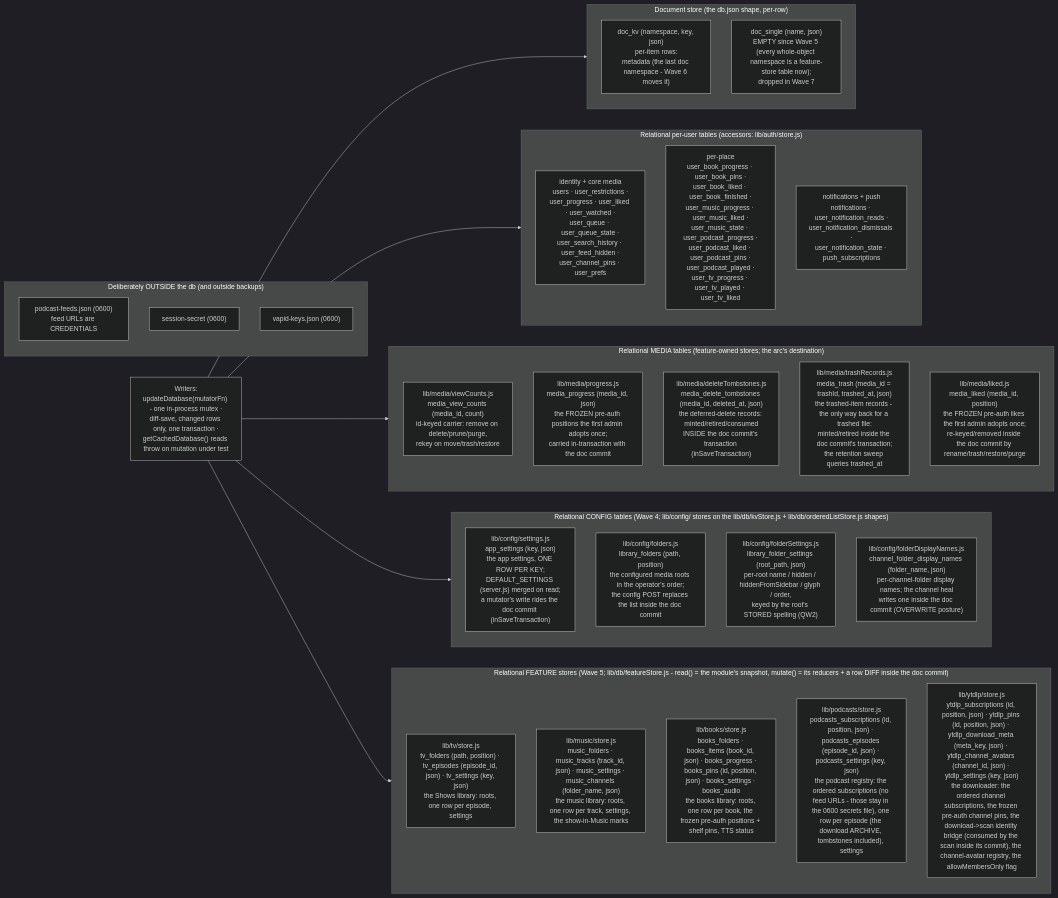
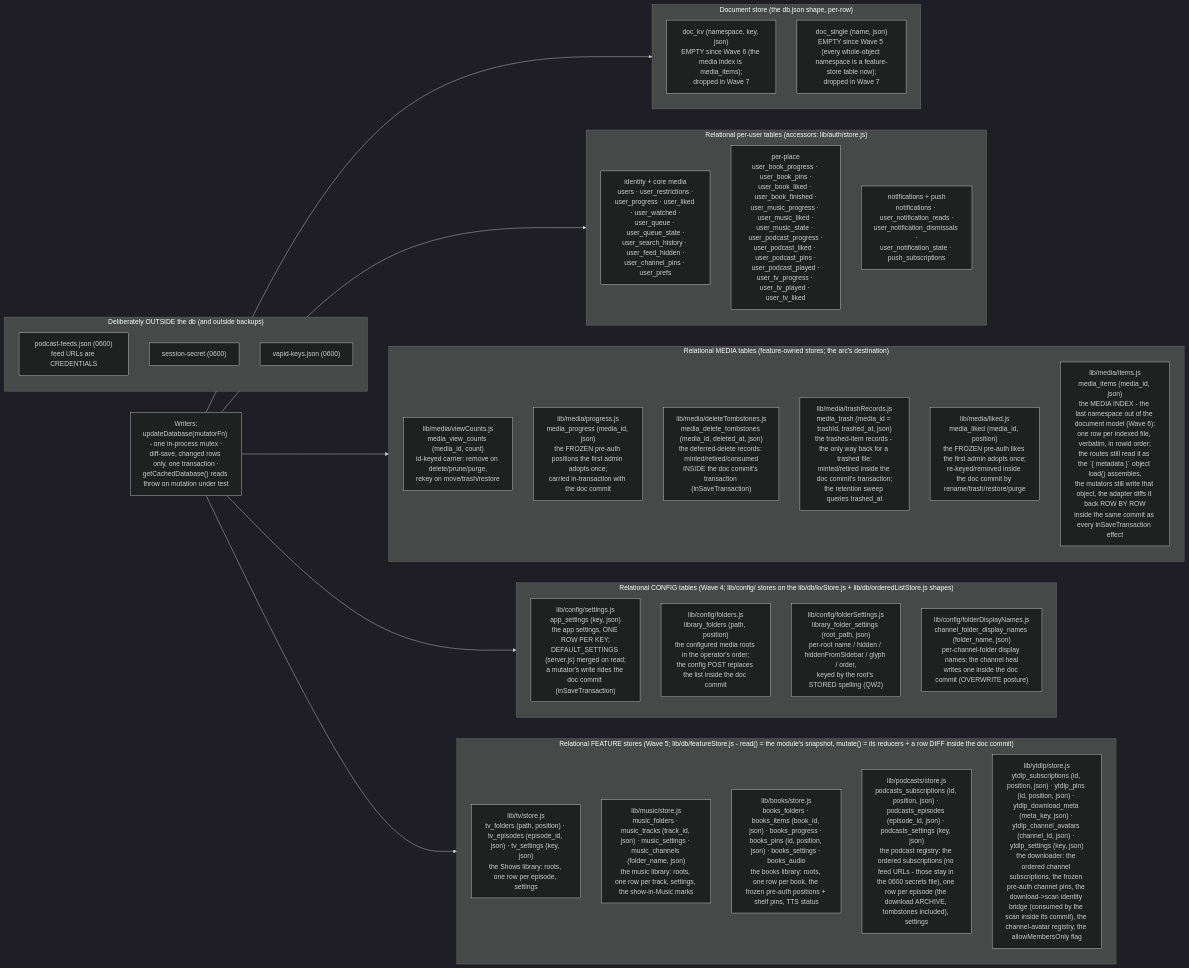
One commit to dtammam/filetube changed the second of 6 diagrams in docs/DIAGRAMS.md. Above: the diagram before and after it, drawn with Mermaid (dark theme). The commit also changed other lines of this file and 14 other files, not shown here.

````diff
--- a/docs/DIAGRAMS.md
+++ b/docs/DIAGRAMS.md
@@ -105,50 +105,51 @@
 ```mermaid
 flowchart LR
     subgraph DOC["Document store (the db.json shape, per-row)"]
-        KV["doc_kv (namespace, key, json)<br/>per-item rows:<br/>metadata (the last doc namespace - Wave 6 moves it)"]
+        KV["doc_kv (namespace, key, json)<br/>EMPTY since Wave 6 (the media index is media_items);<br/>dropped in Wave 7"]
         SINGLE["doc_single (name, json)<br/>EMPTY since Wave 5 (every whole-object namespace is a feature-store table now);<br/>dropped in Wave 7"]
     end
 
     subgraph REL["Relational per-user tables (accessors: lib/auth/store.js)"]
         CORE["identity + core media<br/>users · user_restrictions ·<br/>user_progress · user_liked · user_watched ·<br/>user_queue · user_queue_state ·<br/>user_search_history · user_feed_hidden ·<br/>user_channel_pins · user_prefs"]
         PLACEST["per-place<br/>user_book_progress · user_book_pins ·<br/>user_book_liked · user_book_finished ·<br/>user_music_progress · user_music_liked ·<br/>user_music_state · user_podcast_progress ·<br/>user_podcast_liked · user_podcast_pins ·<br/>user_podcast_played ·<br/>user_tv_progress · user_tv_played · user_tv_liked"]
         NOTIF["notifications + push<br/>notifications · user_notification_reads ·<br/>user_notification_dismissals ·<br/>user_notification_state · push_subscriptions"]
     end
 
     subgraph MEDIA["Relational MEDIA tables (feature-owned stores; the arc's destination)"]
         VC["lib/media/viewCounts.js<br/>media_view_counts (media_id, count)<br/>id-keyed carrier: remove on delete/prune/purge,<br/>rekey on move/trash/restore"]
         PR["lib/media/progress.js<br/>media_progress (media_id, json)<br/>the FROZEN pre-auth positions the first admin adopts once;<br/>carried in-transaction with the doc commit"]
         DT["lib/media/deleteTombstones.js<br/>media_delete_tombstones (media_id, deleted_at, json)<br/>the deferred-delete records: minted/retired/consumed<br/>INSIDE the doc commit's transaction (inSaveTransaction)"]
         TR["lib/media/trashRecords.js<br/>media_trash (media_id = trashId, trashed_at, json)<br/>the trashed-item records - the only way back for a trashed file:<br/>minted/retired inside the doc commit's transaction;<br/>the retention sweep queries trashed_at"]
         LK["lib/media/liked.js<br/>media_liked (media_id, position)<br/>the FROZEN pre-auth likes the first admin adopts once;<br/>re-keyed/removed inside the doc commit by rename/trash/restore/purge"]
+        MI["lib/media/items.js<br/>media_items (media_id, json)<br/>the MEDIA INDEX - the last namespace out of the document model (Wave 6):<br/>one row per indexed file, verbatim, in rowid order;<br/>the routes still read it as the `{ metadata }` object load() assembles,<br/>the mutators still write that object, the adapter diffs it back ROW BY ROW<br/>inside the same commit as every inSaveTransaction effect"]
     end
 
     subgraph CONFIG["Relational CONFIG tables (Wave 4; lib/config/ stores on the lib/db/kvStore.js + lib/db/orderedListStore.js shapes)"]
         ST["lib/config/settings.js<br/>app_settings (key, json)<br/>the app settings, ONE ROW PER KEY;<br/>DEFAULT_SETTINGS (server.js) merged on read;<br/>a mutator's write rides the doc commit (inSaveTransaction)"]
         FO["lib/config/folders.js<br/>library_folders (path, position)<br/>the configured media roots in the operator's order;<br/>the config POST replaces the list inside the doc commit"]
         FS["lib/config/folderSettings.js<br/>library_folder_settings (root_path, json)<br/>per-root name / hidden / hiddenFromSidebar / glyph / order,<br/>keyed by the root's STORED spelling (QW2)"]
         FD["lib/config/folderDisplayNames.js<br/>channel_folder_display_names (folder_name, json)<br/>per-channel-folder display names; the channel heal<br/>writes one inside the doc commit (OVERWRITE posture)"]
     end
 
     subgraph FEATURES["Relational FEATURE stores (Wave 5; lib/db/featureStore.js - read() = the module's snapshot, mutate() = its reducers + a row DIFF inside the doc commit)"]
         TV["lib/tv/store.js<br/>tv_folders (path, position) · tv_episodes (episode_id, json) · tv_settings (key, json)<br/>the Shows library: roots, one row per episode, settings"]
         MU["lib/music/store.js<br/>music_folders · music_tracks (track_id, json) · music_settings · music_channels (folder_name, json)<br/>the music library: roots, one row per track, settings, the show-in-Music marks"]
         BK["lib/books/store.js<br/>books_folders · books_items (book_id, json) · books_progress · books_pins (id, position, json) · books_settings · books_audio<br/>the books library: roots, one row per book, the frozen pre-auth positions + shelf pins, TTS status"]
         PC["lib/podcasts/store.js<br/>podcasts_subscriptions (id, position, json) · podcasts_episodes (episode_id, json) · podcasts_settings (key, json)<br/>the podcast registry: the ordered subscriptions (no feed URLs - those stay in the 0600 secrets file), one row per episode (the download ARCHIVE, tombstones included), settings"]
         YT["lib/ytdlp/store.js<br/>ytdlp_subscriptions (id, position, json) · ytdlp_pins (id, position, json) · ytdlp_download_meta (meta_key, json) · ytdlp_channel_avatars (channel_id, json) · ytdlp_settings (key, json)<br/>the downloader: the ordered channel subscriptions, the frozen pre-auth channel pins, the download->scan identity bridge (consumed by the scan inside its commit), the channel-avatar registry, the allowMembersOnly flag"]
     end
 
     subgraph OUT["Deliberately OUTSIDE the db (and outside backups)"]
         FEEDS["podcast-feeds.json (0600)<br/>feed URLs are CREDENTIALS"]
         SS["session-secret (0600)"]
         VAPID["vapid-keys.json (0600)"]
     end
 
     WRITERS["Writers:<br/>updateDatabase(mutatorFn) - one in-process mutex ·<br/>diff-save, changed rows only, one transaction ·<br/>getCachedDatabase() reads throw on mutation under test"]
 
     WRITERS --> DOC
     WRITERS --> REL
     WRITERS --> MEDIA
     WRITERS --> CONFIG
     WRITERS --> FEATURES
 ```
````
